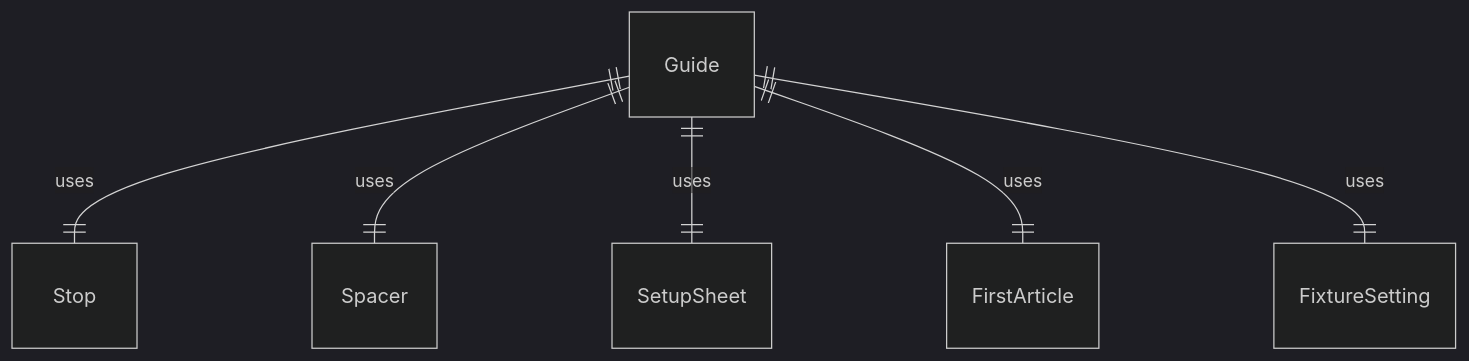
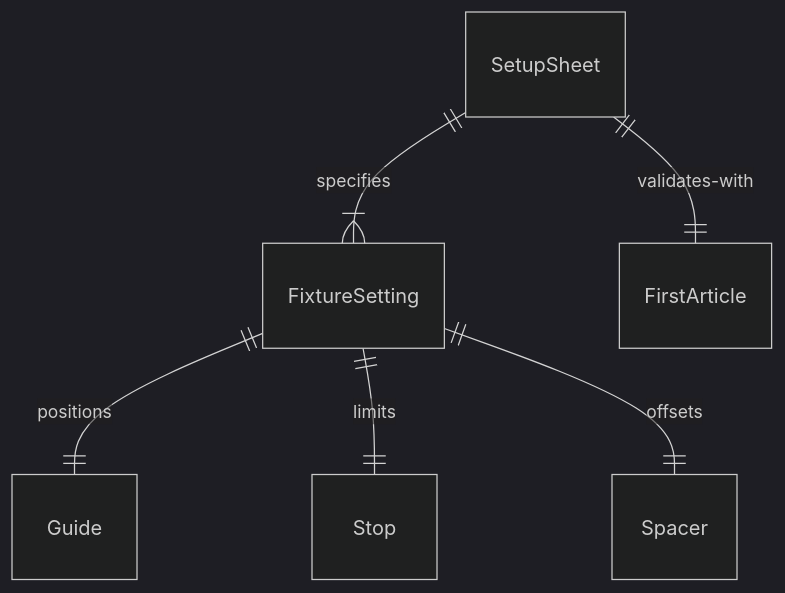
The first of 4 diagrams in HandlingAndMovingObjects/SetUpEquipment/SetEquipmentGuidesStopsSpacers.mdx (dot-org-ai/tasks.org.ai), drawn with Mermaid (dark theme) before and after one commit. The commit also changed other lines of this file and 515 other files, not shown here.

````diff
--- a/HandlingAndMovingObjects/SetUpEquipment/SetEquipmentGuidesStopsSpacers.mdx
+++ b/HandlingAndMovingObjects/SetUpEquipment/SetEquipmentGuidesStopsSpacers.mdx
@@ -86,8 +86,8 @@
 ```mermaid
 erDiagram
-    Guide ||--|| Stop : "uses"
-    Guide ||--|| Spacer : "uses"
-    Guide ||--|| SetupSheet : "uses"
-    Guide ||--|| FirstArticle : "uses"
-    Guide ||--|| FixtureSetting : "uses"
+    SetupSheet ||--|{ FixtureSetting : "specifies"
+    FixtureSetting ||--|| Guide : "positions"
+    FixtureSetting ||--|| Stop : "limits"
+    FixtureSetting ||--|| Spacer : "offsets"
+    SetupSheet ||--|| FirstArticle : "validates-with"
 ```
````
